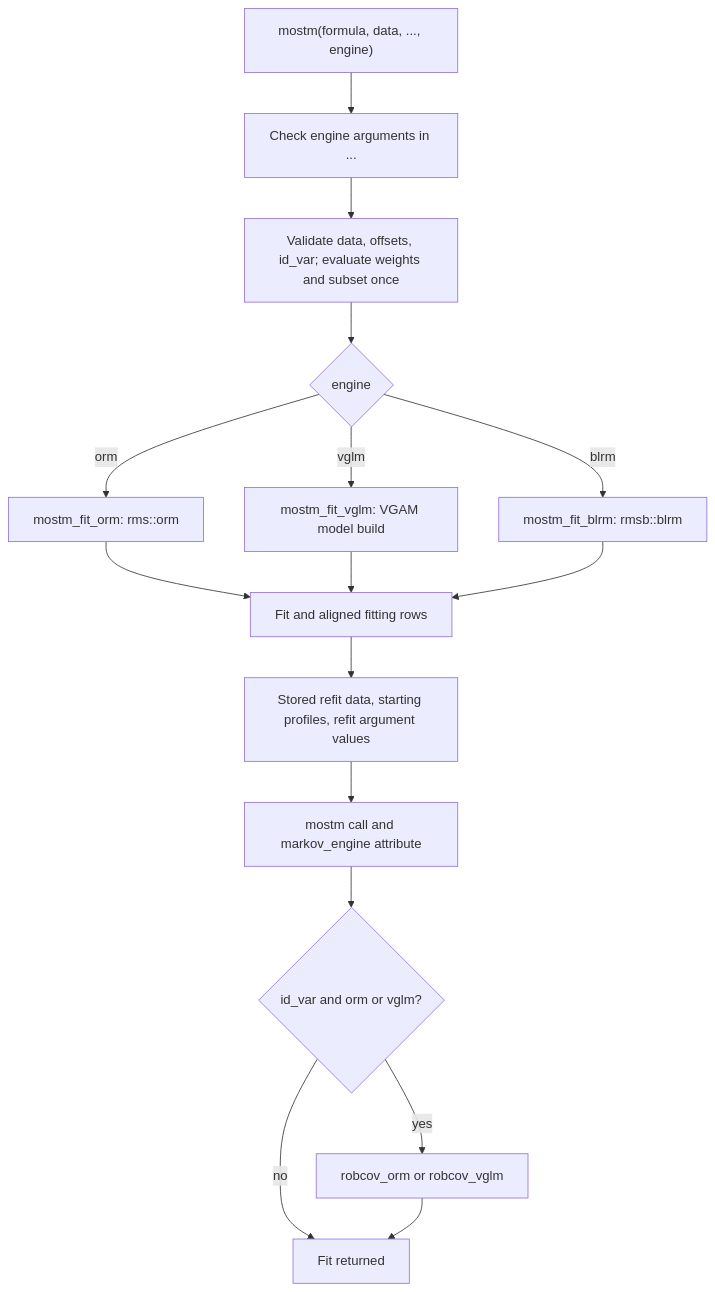
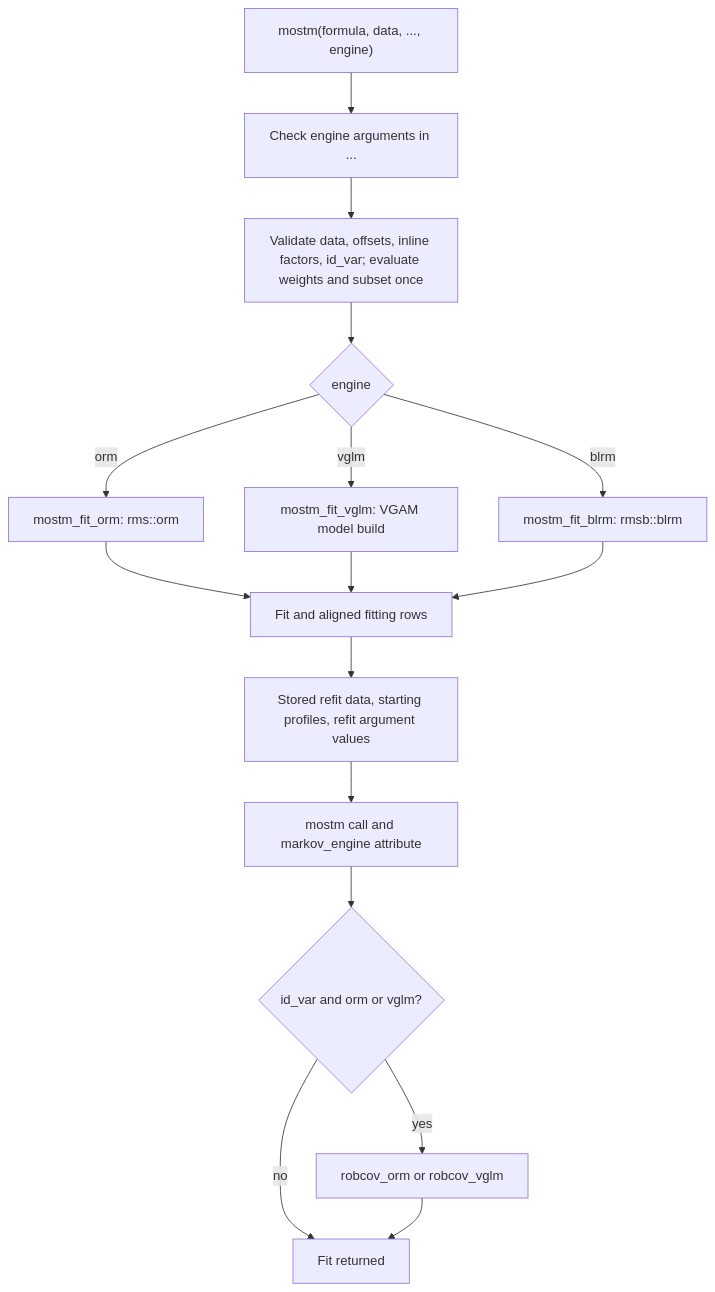
The second of 3 diagrams in ARCHITECTURE.md (scjohannes/mostr), drawn with Mermaid before and after one commit. The commit also changed other lines of this file and 4 other files, not shown here.

````diff
--- a/ARCHITECTURE.md
+++ b/ARCHITECTURE.md
@@ -101,18 +101,18 @@
 ```mermaid
 flowchart TD
     A["mostm(formula, data, ..., engine)"] --> B[Check engine arguments in ...]
-    B --> C[Validate data, offsets, id_var; evaluate weights and subset once]
+    B --> C[Validate data, offsets, inline factors, id_var; evaluate weights and subset once]
     C --> D{engine}
     D -->|orm| E[mostm_fit_orm: rms::orm]
     D -->|vglm| F[mostm_fit_vglm: VGAM model build]
     D -->|blrm| G[mostm_fit_blrm: rmsb::blrm]
     E --> H[Fit and aligned fitting rows]
     F --> H
     G --> H
     H --> I[Stored refit data, starting profiles, refit argument values]
     I --> J[mostm call and markov_engine attribute]
     J --> K{id_var and orm or vglm?}
     K -->|yes| L[robcov_orm or robcov_vglm]
     K -->|no| M[Fit returned]
     L --> M
 ```
````
